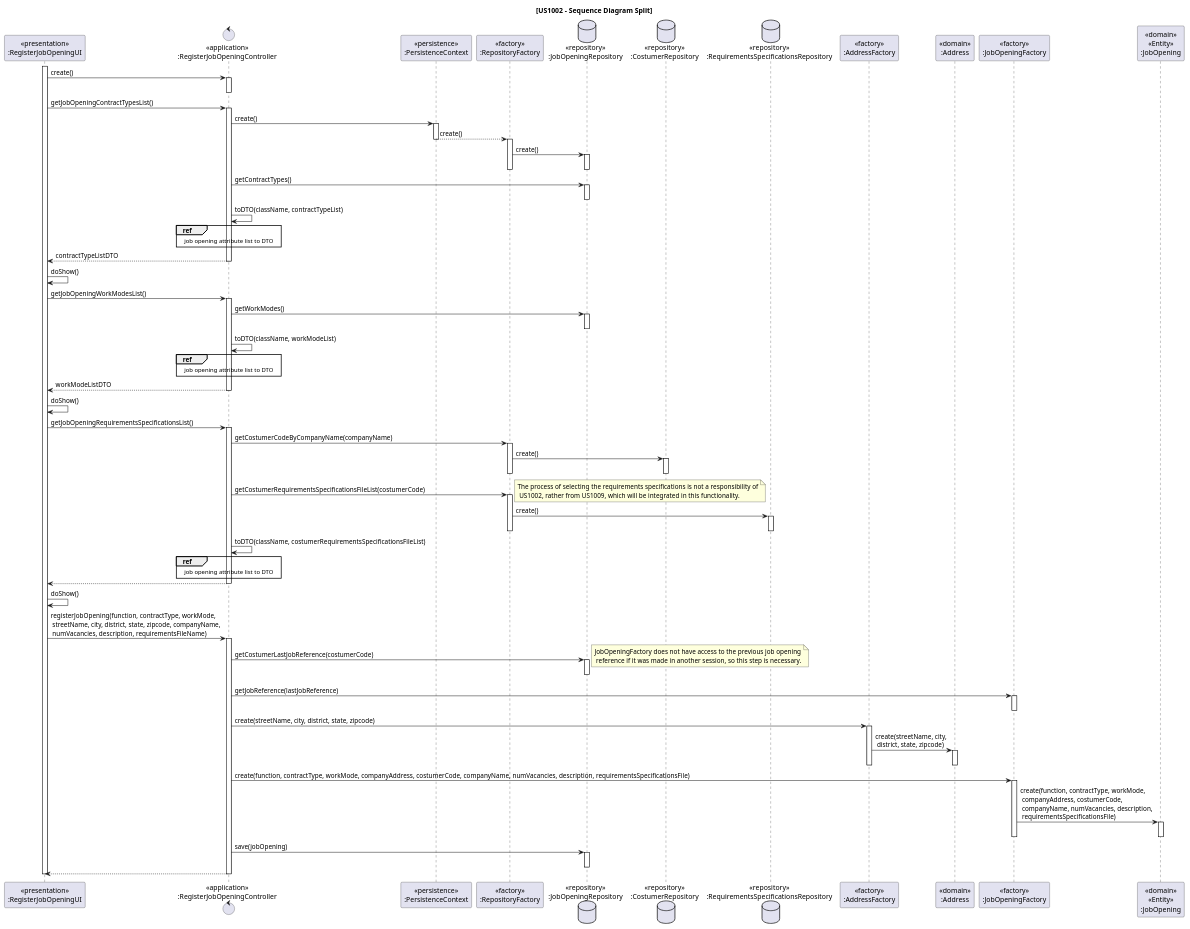
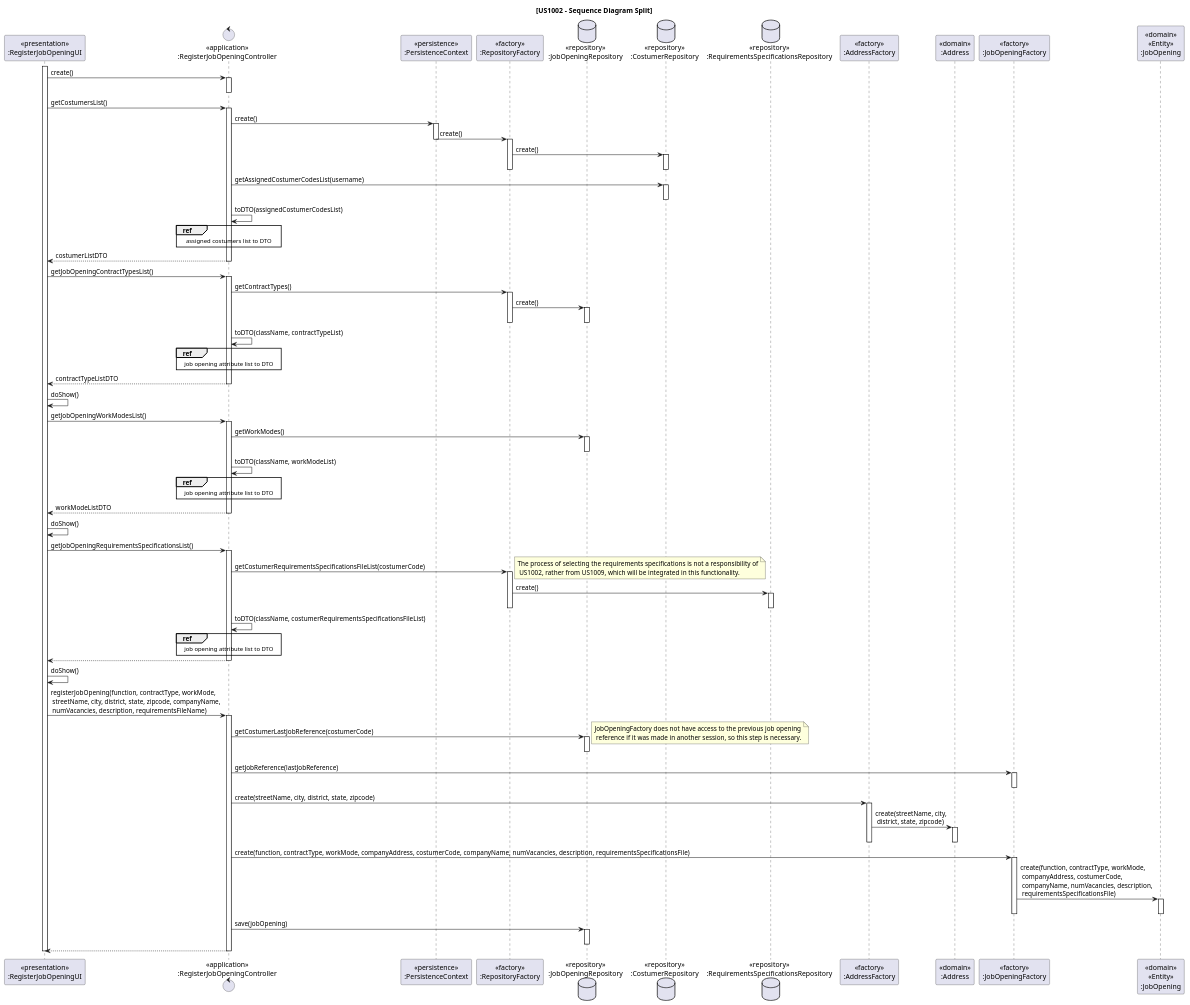
Before and after one commit to rita-barbosa/LAPR4-2324: the diagram in docs/sb_us_1002/US1002_SD/us1002_sd.puml, drawn with PlantUML. The commit also changed 7 other files, not shown here.

First line of the commit message:
docs: Diagrams update, readme session update conforming new client clarifications

```diff
--- a/docs/sb_us_1002/US1002_SD/us1002_sd.puml
+++ b/docs/sb_us_1002/US1002_SD/us1002_sd.puml
@@ -1,167 +1,184 @@
 @startuml US1002_SD
 
 title [US1002 - Sequence Diagram Split]
 
 participant "<<presentation>>\n:RegisterJobOpeningUI" as UI
 control "<<application>>\n:RegisterJobOpeningController" as CTRL
 participant "<<persistence>>\n:PersistenceContext" as Persistence
 participant "<<factory>>\n:RepositoryFactory" as RepositoryFactory
 database "<<repository>>\n:JobOpeningRepository" as JobOpeningRepository
 database "<<repository>>\n:CostumerRepository" as CostumerRepository
 database "<<repository>>\n:RequirementsSpecificationsRepository" as RequirementsSpecificationsRepository
 participant "<<factory>>\n:AddressFactory" as AddressFactory
 participant "<<domain>>\n:Address" as Address
 participant "<<factory>>\n:JobOpeningFactory" as JobOpeningFactory
 participant "<<domain>>\n<<Entity>>\n:JobOpening" as JobOpening
 
 
 activate UI
 
 UI -> CTRL : create()
 
 activate CTRL
 deactivate CTRL
 
+UI -> CTRL : getCostumersList()
+activate CTRL
+
+CTRL -> Persistence : create()
+
+    activate Persistence
+
+    Persistence -> RepositoryFactory : create()
+    deactivate Persistence
+
+    activate RepositoryFactory
+
+        RepositoryFactory -> CostumerRepository : create()
+        activate CostumerRepository
+        deactivate CostumerRepository
+
+    deactivate RepositoryFactory
+
+    CTRL -> CostumerRepository : getAssignedCostumerCodesList(username)
+    activate CostumerRepository
+    deactivate CostumerRepository
+
+    CTRL -> CTRL : toDTO(assignedCostumerCodesList)
+    ref over CTRL
+        assigned costumers list to DTO
+    end ref
+
+    CTRL --> UI : costumerListDTO
+
+deactivate CTRL
+
 UI -> CTRL : getJobOpeningContractTypesList()
 
 'Getting the Contract Type
 activate CTRL
 
-    CTRL -> Persistence : create()
 
-    activate Persistence
-
-    Persistence --> RepositoryFactory : create()
-    deactivate Persistence
-
-    activate RepositoryFactory
+   CTRL -> RepositoryFactory : getContractTypes()
+  activate RepositoryFactory
 
         RepositoryFactory -> JobOpeningRepository : create()
         activate JobOpeningRepository
         deactivate JobOpeningRepository
 
-    deactivate RepositoryFactory
+  deactivate RepositoryFactory
 
-    CTRL -> JobOpeningRepository : getContractTypes()
-    activate JobOpeningRepository
-    deactivate JobOpeningRepository
+
+'    activate JobOpeningRepository
+'    deactivate JobOpeningRepository
 
     CTRL -> CTRL : toDTO(className, contractTypeList)
 
     ref over CTRL
         job opening attribute list to DTO
     end ref
 
     CTRL --> UI : contractTypeListDTO
 
 deactivate CTRL
 
 UI -> UI : doShow()
 
 'Getting the Work Mode
 UI -> CTRL : getJobOpeningWorkModesList()
 
 activate CTRL
 
     CTRL -> JobOpeningRepository : getWorkModes()
     activate JobOpeningRepository
     deactivate JobOpeningRepository
 
     CTRL -> CTRL : toDTO(className, workModeList)
     ref over CTRL
         job opening attribute list to DTO
     end ref
 
     CTRL --> UI : workModeListDTO
 
 deactivate CTRL
 
 UI -> UI : doShow()
 
 
 UI -> CTRL : getJobOpeningRequirementsSpecificationsList()
 
 'Getting Costumer ID
 activate CTRL
-
-    CTRL -> RepositoryFactory : getCostumerCodeByCompanyName(companyName)
-    activate RepositoryFactory
-
-        RepositoryFactory -> CostumerRepository : create()
-        activate CostumerRepository
-        deactivate CostumerRepository
-
-    deactivate RepositoryFactory
 
     'Getting the requirements specifications made for specified costumer
     CTRL -> RepositoryFactory : getCostumerRequirementsSpecificationsFileList(costumerCode)
     note right: The process of selecting the requirements specifications is not a responsibility of\n US1002, rather from US1009, which will be integrated in this functionality.
 
     activate RepositoryFactory
 
     RepositoryFactory -> RequirementsSpecificationsRepository : create()
     activate RequirementsSpecificationsRepository
     deactivate RequirementsSpecificationsRepository
 
     deactivate RepositoryFactory
 
     CTRL -> CTRL : toDTO(className, costumerRequirementsSpecificationsFileList)
     ref over CTRL
         job opening attribute list to DTO
     end ref
 
 
     CTRL --> UI
 
 deactivate CTRL
 
 UI -> UI : doShow()
 
 UI -> CTRL : registerJobOpening(function, contractType, workMode,\n streetName, city, district, state, zipcode, companyName,\n numVacancies, description, requirementsFileName)
 
 'Register a new Job Opening
 activate CTRL
 
     'Generate new job reference (sequential)
     CTRL -> JobOpeningRepository : getCostumerLastJobReference(costumerCode)
     note right: JobOpeningFactory does not have access to the previous job opening\n reference if it was made in another session, so this step is necessary.
     activate JobOpeningRepository
     deactivate JobOpeningRepository
 
     CTRL -> JobOpeningFactory : getJobReference(lastJobReference)
     activate JobOpeningFactory
     deactivate JobOpeningFactory
 
     'Address Encapsulation
     CTRL -> AddressFactory : create(streetName, city, district, state, zipcode)
 
     activate AddressFactory
 
     AddressFactory -> Address : create(streetName, city,\n district, state, zipcode)
     activate Address
     deactivate Address
 
     deactivate AddressFactory
 
     'Job Opening Encapsulation
     CTRL -> JobOpeningFactory : create(function, contractType, workMode, companyAddress, costumerCode, companyName, numVacancies, description, requirementsSpecificationsFile)
 
     activate JobOpeningFactory
 
     JobOpeningFactory -> JobOpening : create(function, contractType, workMode,\n companyAddress, costumerCode,\n companyName, numVacancies, description,\n requirementsSpecificationsFile)
     activate JobOpening
     deactivate JobOpening
 
     deactivate JobOpeningFactory
 
     CTRL -> JobOpeningRepository : save(jobOpening)
     activate JobOpeningRepository
     deactivate JobOpeningRepository
 
     CTRL --> UI
 
 deactivate CTRL
 
 deactivate UI
 
 @enduml
```
